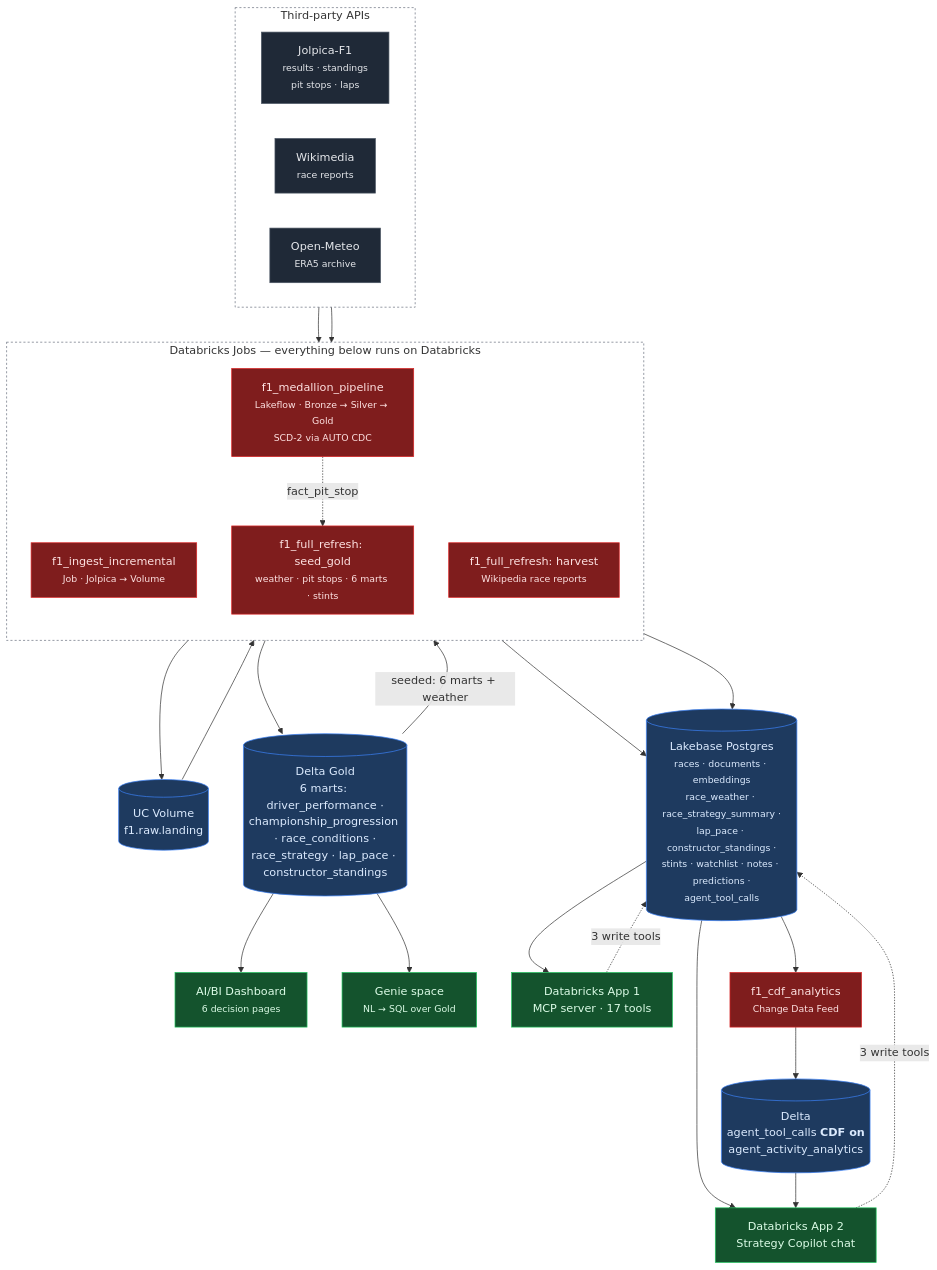
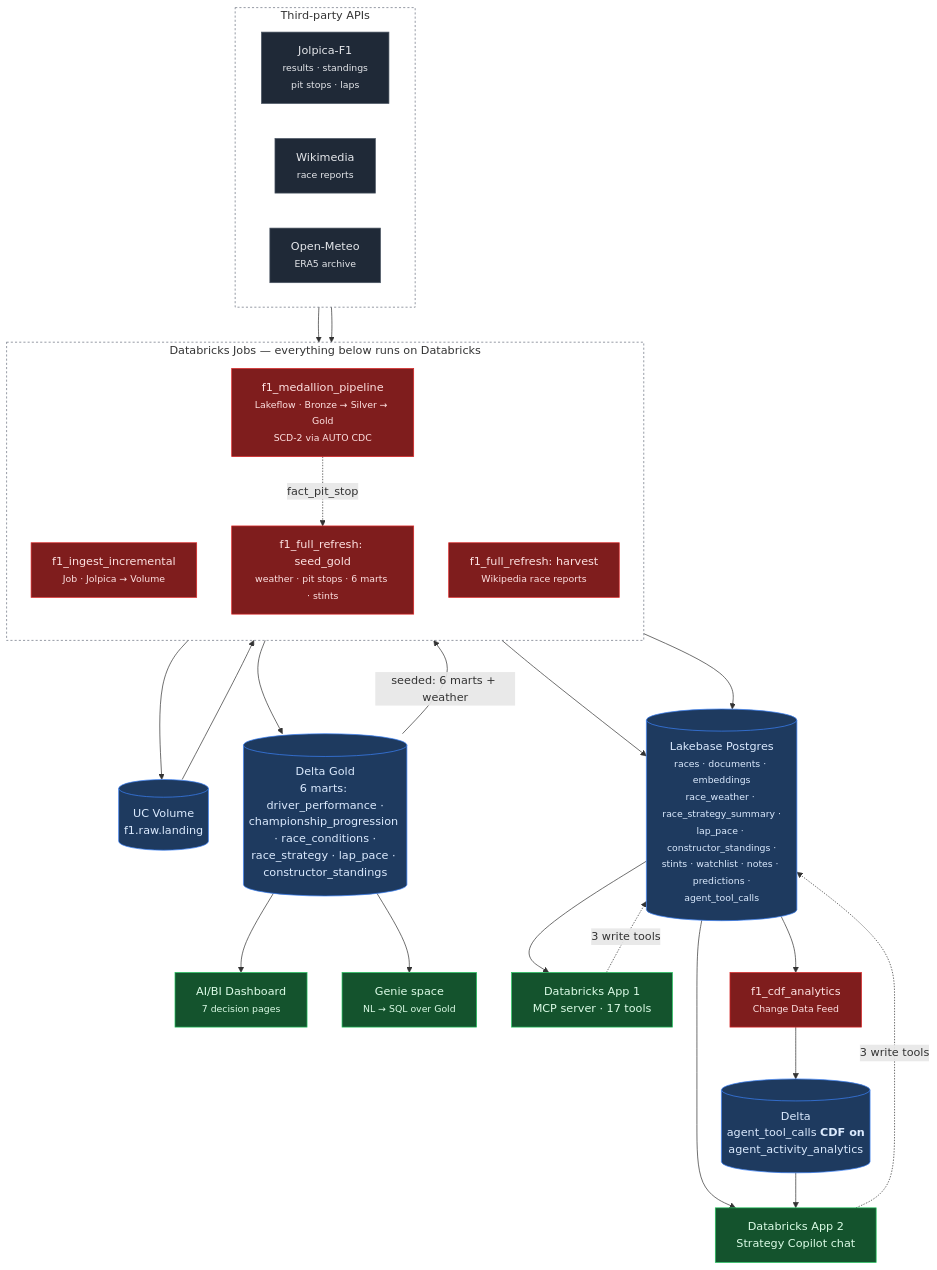
The diagram in README.md (abhibastia/f1-intelligence-copilot), drawn with Mermaid before and after one commit. The commit also changed other lines of this file and 7 other files, not shown here.

````diff
--- a/README.md
+++ b/README.md
@@ -57,52 +57,52 @@
 ```mermaid
 flowchart TD
     subgraph SRC[" Third-party APIs "]
         direction LR
         J["Jolpica-F1<br/><small>results · standings<br/>pit stops · laps</small>"]
         W["Wikimedia<br/><small>race reports</small>"]
         O["Open-Meteo<br/><small>ERA5 archive</small>"]
     end
 
     subgraph DBX[" Databricks Jobs — everything below runs on Databricks "]
         direction TB
         ING["f1_ingest_incremental<br/><small>Job · Jolpica → Volume</small>"]
         MED["f1_medallion_pipeline<br/><small>Lakeflow · Bronze → Silver → Gold<br/>SCD-2 via AUTO CDC</small>"]
         HAR["f1_full_refresh: harvest<br/><small>Wikipedia race reports</small>"]
         SEED["f1_full_refresh: seed_gold<br/><small>weather · pit stops · 6 marts · stints</small>"]
     end
 
     J --> ING --> VOL[("UC Volume<br/>f1.raw.landing")] --> MED
     MED --> GOLD[("Delta Gold<br/>6 marts: driver_performance ·<br/>championship_progression · race_conditions ·<br/>race_strategy · lap_pace · constructor_standings")]
 
-    GOLD --> DASH["AI/BI Dashboard<br/><small>6 decision pages</small>"]
+    GOLD --> DASH["AI/BI Dashboard<br/><small>7 decision pages</small>"]
     GOLD --> GENIE["Genie space<br/><small>NL → SQL over Gold</small>"]
 
     W --> HAR
     MED -. "fact_pit_stop" .-> SEED
     GOLD -- "seeded: 6 marts + weather" --> SEED
 
     HAR --> LB
     SEED --> LB
 
     LB[("Lakebase Postgres<br/><small>races · documents · embeddings<br/>race_weather · race_strategy_summary ·<br/>lap_pace · constructor_standings ·<br/>stints · watchlist · notes · predictions ·<br/>agent_tool_calls</small>")]
 
     LB --> MCP["Databricks App 1<br/>MCP server · 17 tools"]
     LB --> UI["Databricks App 2<br/>Strategy Copilot chat"]
     UI -. "3 write tools" .-> LB
     MCP -. "3 write tools" .-> LB
 
     LB --> CDF["f1_cdf_analytics<br/><small>Change Data Feed</small>"] --> DELTA[("Delta<br/>agent_tool_calls <b>CDF on</b><br/>agent_activity_analytics")]
     DELTA --> UI
 
     style SRC fill:transparent,stroke:#6b7280,stroke-dasharray:3 3
     style DBX fill:transparent,stroke:#6b7280,stroke-dasharray:3 3
 
     classDef api fill:#1f2937,stroke:#4b5563,color:#e5e7eb
     classDef job fill:#7f1d1d,stroke:#dc2626,color:#fee2e2
     classDef store fill:#1e3a5f,stroke:#3b82f6,color:#dbeafe
     classDef app fill:#14532d,stroke:#22c55e,color:#dcfce7
     class J,W,O api
     class ING,MED,HAR,SEED,CDF job
     class VOL,GOLD,LB,DELTA store
     class MCP,UI,DASH,GENIE app
 ```
````
